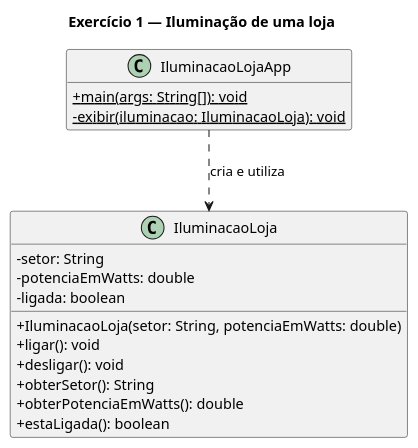
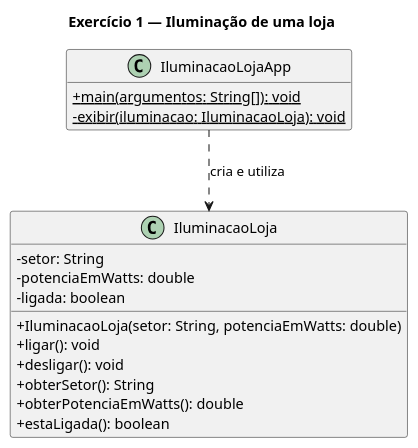
One commit to MadrugaPedro/poo changed the diagram in classroom/03-classes/doc/puml/01-iluminacao-loja.puml. Above: the diagram before and after it, drawn with PlantUML. The commit also changed 20 other files, not shown here.

```diff
--- a/classroom/03-classes/doc/puml/01-iluminacao-loja.puml
+++ b/classroom/03-classes/doc/puml/01-iluminacao-loja.puml
@@ -1,24 +1,24 @@
 @startuml
 title Exercício 1 — Iluminação de uma loja
 skinparam classAttributeIconSize 0
 hide empty members
 
 class IluminacaoLoja {
   - setor: String
   - potenciaEmWatts: double
   - ligada: boolean
   + IluminacaoLoja(setor: String, potenciaEmWatts: double)
   + ligar(): void
   + desligar(): void
   + obterSetor(): String
   + obterPotenciaEmWatts(): double
   + estaLigada(): boolean
 }
 
 class IluminacaoLojaApp {
-  + {static} main(args: String[]): void
+  + {static} main(argumentos: String[]): void
   - {static} exibir(iluminacao: IluminacaoLoja): void
 }
 
 IluminacaoLojaApp ..> IluminacaoLoja : cria e utiliza
 @enduml
```
